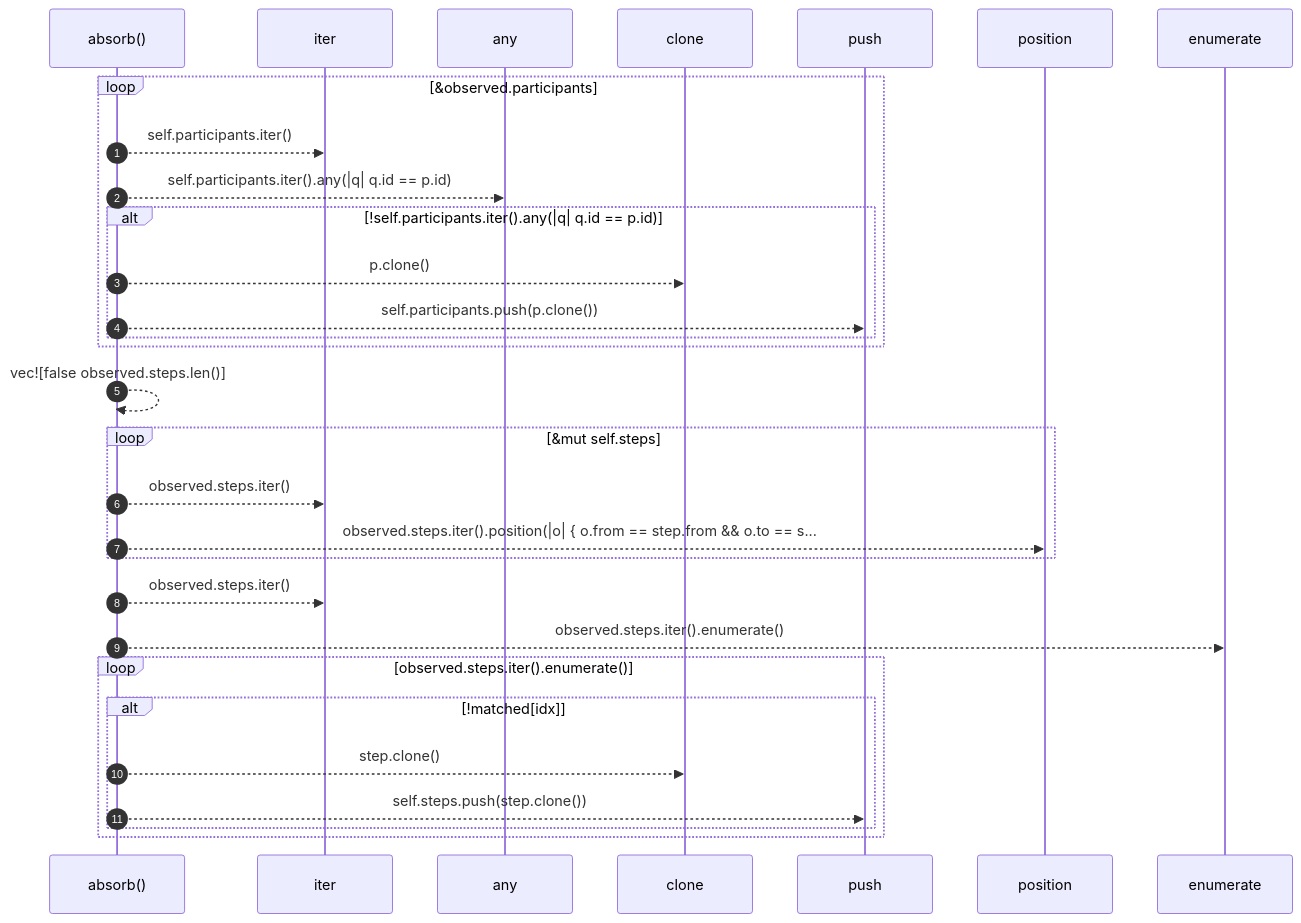
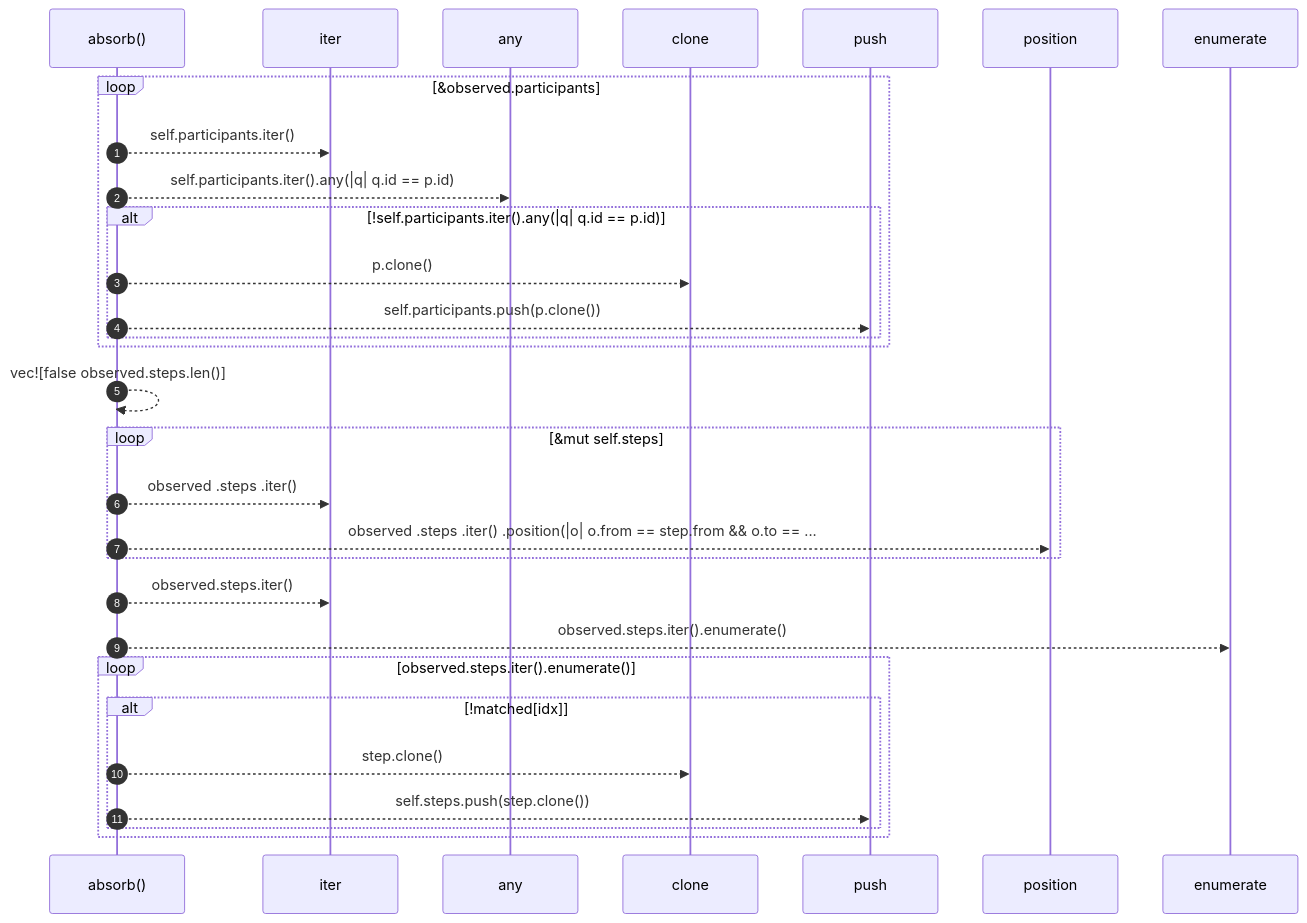
The fourth of 4 diagrams in docs/self-model/robby_ir/process/impl-process.md (RyanGuild/self-describing-code), drawn with Mermaid before and after one commit. The commit also changed other lines of this file and 747 other files, not shown here.

````diff
--- a/docs/self-model/robby_ir/process/impl-process.md
+++ b/docs/self-model/robby_ir/process/impl-process.md
@@ -250,32 +264,32 @@
 ```mermaid
 sequenceDiagram
     autonumber
     participant absorb as absorb()
     participant iter as iter
     participant any as any
     participant clone as clone
     participant push as push
     participant position as position
     participant enumerate as enumerate
     loop &observed.participants
     absorb-->>iter: self.participants.iter()
     absorb-->>any: self.participants.iter().any(|q| q.id == p.id)
     alt !self.participants.iter().any(|q| q.id == p.id)
     absorb-->>clone: p.clone()
     absorb-->>push: self.participants.push(p.clone())
     end
     end
     absorb-->>absorb: vec![false observed.steps.len()]
     loop &mut self.steps
-    absorb-->>iter: observed.steps.iter()
-    absorb-->>position: observed.steps.iter().position(|o| { o.from == step.from && o.to == s...
+    absorb-->>iter: observed .steps .iter()
+    absorb-->>position: observed .steps .iter() .position(|o| o.from == step.from && o.to == ...
     end
     absorb-->>iter: observed.steps.iter()
     absorb-->>enumerate: observed.steps.iter().enumerate()
     loop observed.steps.iter().enumerate()
     alt !matched[idx]
     absorb-->>clone: step.clone()
     absorb-->>push: self.steps.push(step.clone())
     end
     end
 ```
````
